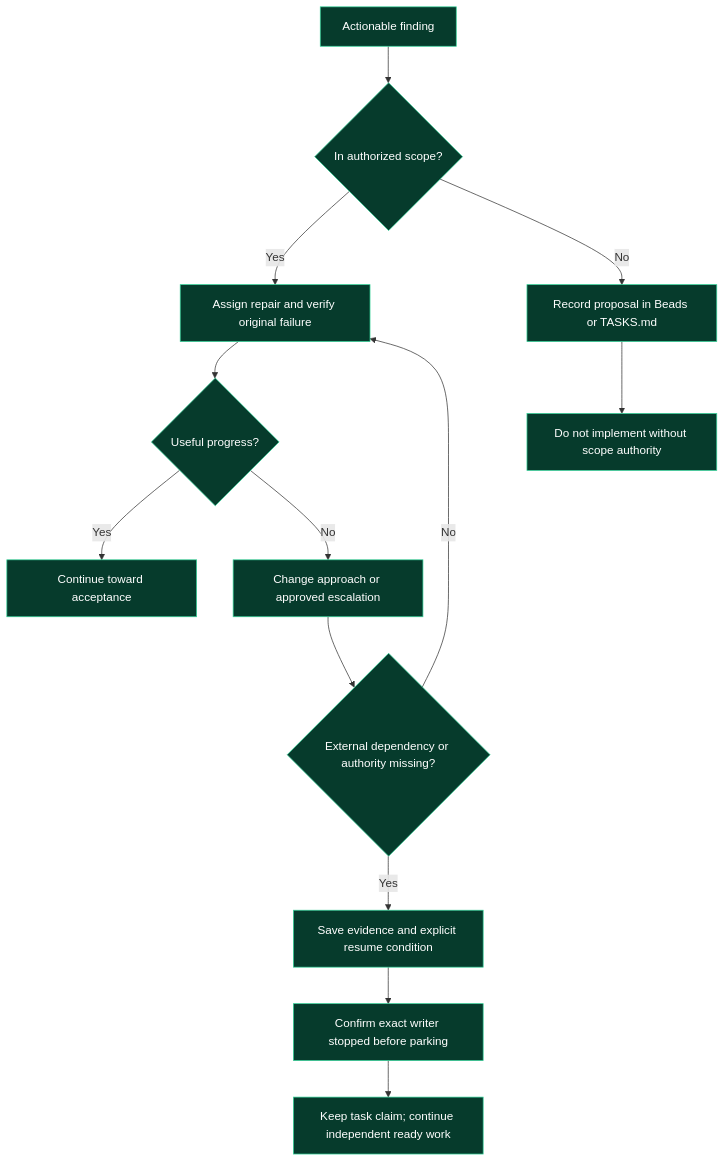
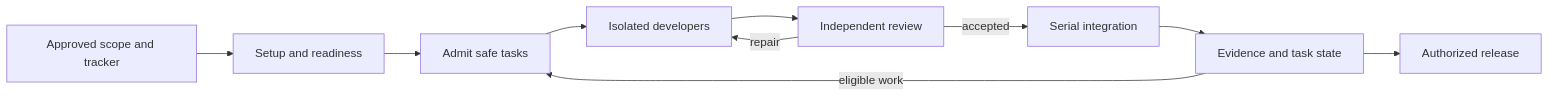
The diagram in README.md (thebpandey/agent-team), drawn with Mermaid before and after one commit. The commit also changed other lines of this file and 61 other files, not shown here.

````diff
--- a/README.md
+++ b/README.md
@@ -209,17 +15,12 @@
 ```mermaid
-flowchart TD
-  A["Actionable finding"] --> B{"In authorized scope?"}
-  B -->|Yes| C["Assign repair and verify original failure"]
-  C --> D{"Useful progress?"}
-  D -->|Yes| E["Continue toward acceptance"]
-  D -->|No| F["Change approach or approved escalation"]
-  F --> G{"External dependency or authority missing?"}
-  G -->|No| C
-  G -->|Yes| H["Save evidence and explicit resume condition"]
-  H --> I["Confirm exact writer stopped before parking"]
-  I --> J["Keep task claim; continue independent ready work"]
-  B -->|No| K["Record proposal in Beads or TASKS.md"]
-  K --> L["Do not implement without scope authority"]
-  classDef green fill:#063b2c,stroke:#34d399,color:#ffffff;
-  class A,B,C,D,E,F,G,H,I,J,K,L green;
+flowchart LR
+  A["Approved scope and tracker"] --> B["Setup and readiness"]
+  B --> C["Admit safe tasks"]
+  C --> D["Isolated developers"]
+  D --> E["Independent review"]
+  E -->|repair| D
+  E -->|accepted| F["Serial integration"]
+  F --> G["Evidence and task state"]
+  G -->|eligible work| C
+  G --> H["Authorized release"]
 ```
````
